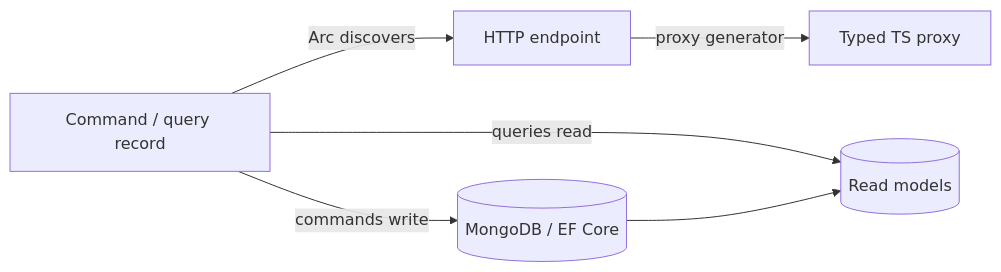
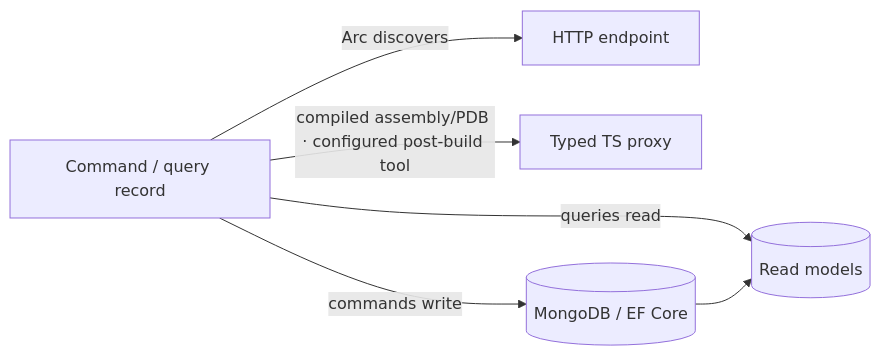
The diagram in Documentation/backend/index.md (Cratis/Arc), drawn with Mermaid before and after one commit. The commit also changed other lines of this file and 272 other files, not shown here.

````diff
--- a/Documentation/backend/index.md
+++ b/Documentation/backend/index.md
@@ -8,8 +8,8 @@
 ```mermaid
 flowchart LR
     REC["Command / query record"] -->|Arc discovers| EP[HTTP endpoint]
-    EP -->|proxy generator| TS[Typed TS proxy]
+    REC -->|compiled assembly/PDB · configured post-build tool| TS[Typed TS proxy]
     REC -->|commands write| DB[(MongoDB / EF Core)]
     REC -->|queries read| RM[(Read models)]
     DB --> RM
 ```
````
